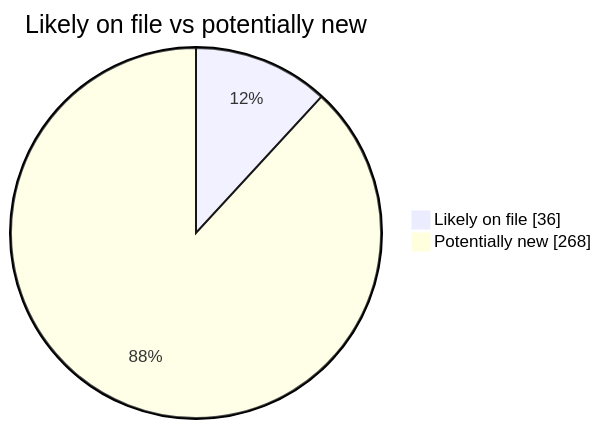
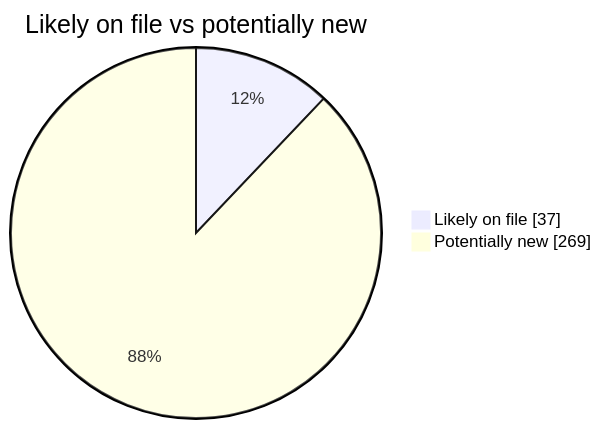
Before and after one commit to martinbalfanz/social-scanner-reports: the second of 4 diagrams in README.md, drawn with Mermaid. The commit also changed other lines of this file and 2 other files, not shown here.

````diff
--- a/README.md
+++ b/README.md
@@ -40,5 +40,5 @@
 ```mermaid
 pie showData title Likely on file vs potentially new
-    "Likely on file" : 36
-    "Potentially new" : 268
+    "Likely on file" : 37
+    "Potentially new" : 269
 ```
````
